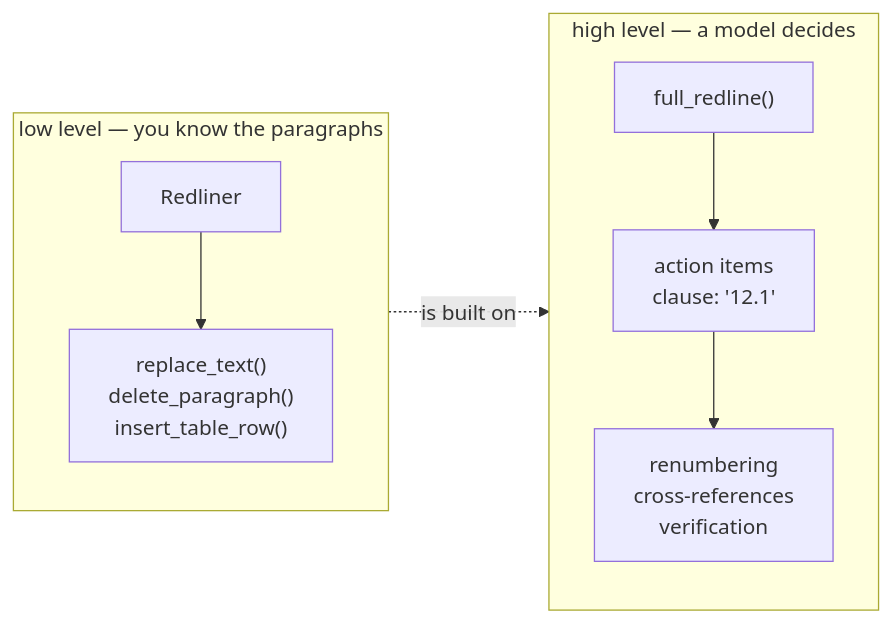
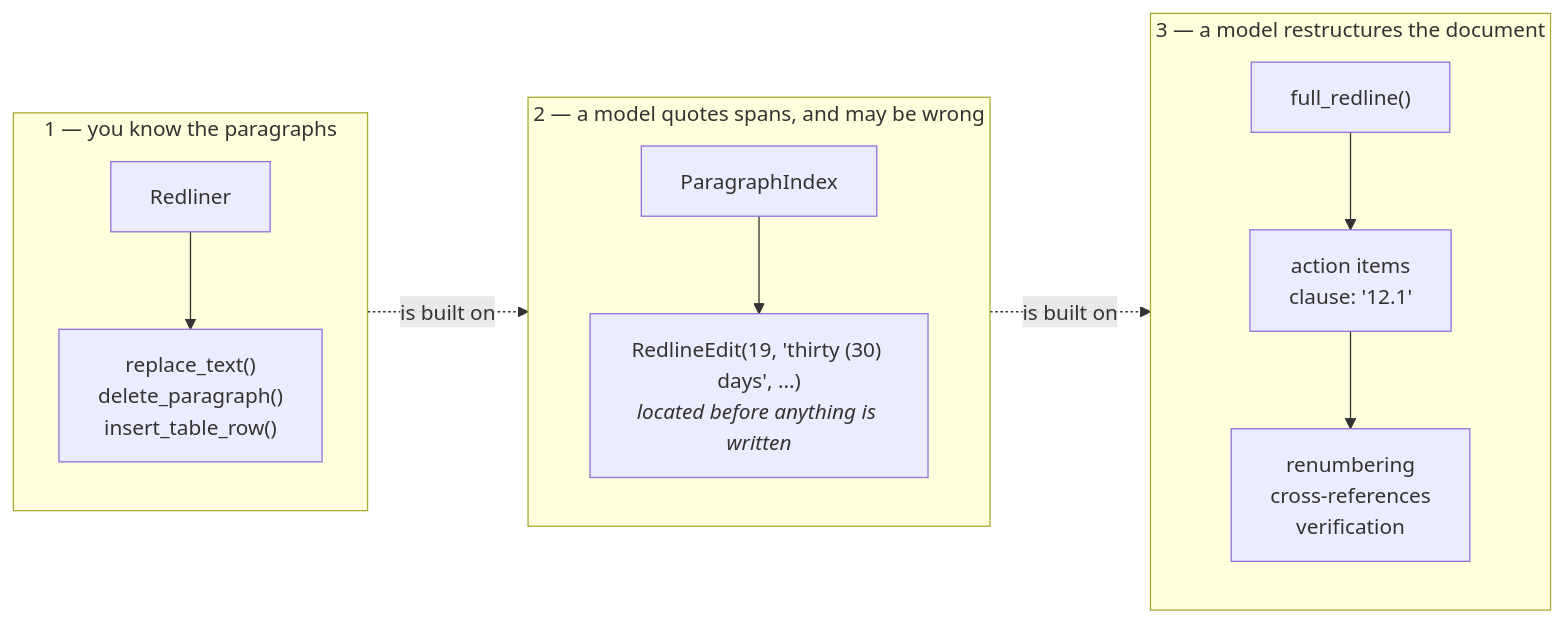
Before and after one commit to gh-aswanth/docx_walking: the second of 2 diagrams in docs/README.md, drawn with Mermaid. The commit also changed other lines of this file and 14 other files, not shown here.

````diff
--- a/docs/README.md
+++ b/docs/README.md
@@ -69,13 +74,17 @@
 ```mermaid
 flowchart LR
-    subgraph low ["low level — you know the paragraphs"]
+    subgraph l1 ["1 — you know the paragraphs"]
         direction TB
-        L1["Redliner"] --> L2["replace_text()<br/>delete_paragraph()<br/>insert_table_row()"]
+        A1["Redliner"] --> A2["replace_text()<br/>delete_paragraph()<br/>insert_table_row()"]
     end
-    subgraph high ["high level — a model decides"]
+    subgraph l2 ["2 — a model quotes spans, and may be wrong"]
         direction TB
-        H1["full_redline()"] --> H2["action items<br/>clause: '12.1'"]
-        H2 --> H3["renumbering<br/>cross-references<br/>verification"]
+        B1["ParagraphIndex"] --> B2["RedlineEdit(19, 'thirty (30) days', ...)<br/><i>located before anything is written</i>"]
     end
-    low -.->|"is built on"| high
+    subgraph l3 ["3 — a model restructures the document"]
+        direction TB
+        C1["full_redline()"] --> C2["action items<br/>clause: '12.1'"]
+        C2 --> C3["renumbering<br/>cross-references<br/>verification"]
+    end
+    l1 -.->|"is built on"| l2 -.->|"is built on"| l3
 ```
````
